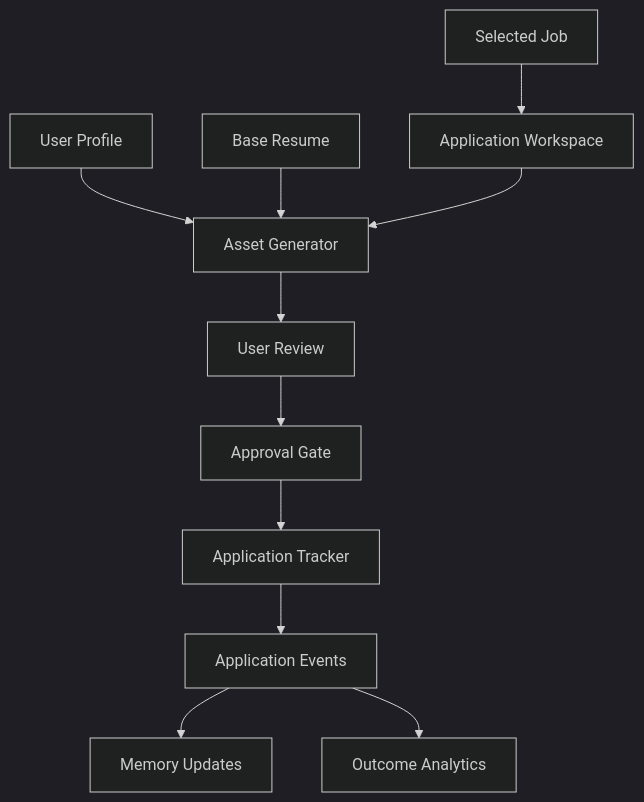
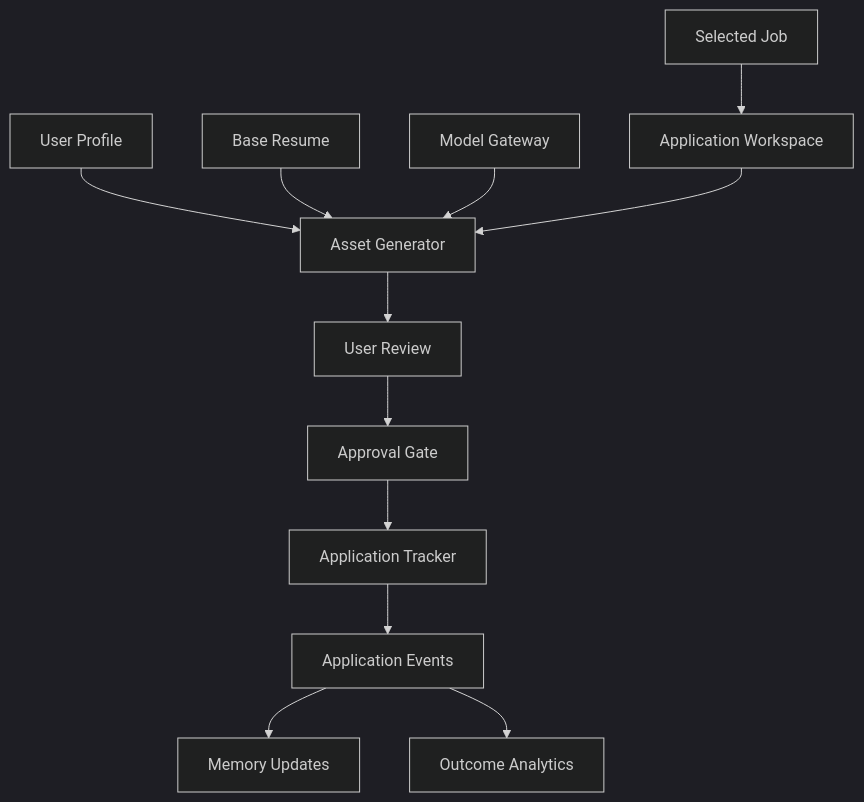
Before and after one commit to Mirzzie/Fadi: the diagram in docs/APPLICATION_AUTOMATION_ENGINE.md, drawn with Mermaid (dark theme). The commit also changed other lines of this file and 65 other files, not shown here.

First line of the commit message:
docs: update architecture docs for Better Auth, Kai, and data sources

````diff
--- a/docs/APPLICATION_AUTOMATION_ENGINE.md
+++ b/docs/APPLICATION_AUTOMATION_ENGINE.md
@@ -22,13 +22,14 @@
 ```mermaid
 flowchart TD
     Job[Selected Job] --> Workspace[Application Workspace]
     Profile[User Profile] --> Generator[Asset Generator]
     Resume[Base Resume] --> Generator
+    Gateway[Model Gateway] --> Generator
     Workspace --> Generator
     Generator --> Review[User Review]
     Review --> Approval[Approval Gate]
     Approval --> Tracker[Application Tracker]
     Tracker --> Events[Application Events]
     Events --> Memory[Memory Updates]
     Events --> Analytics[Outcome Analytics]
 ```
````
